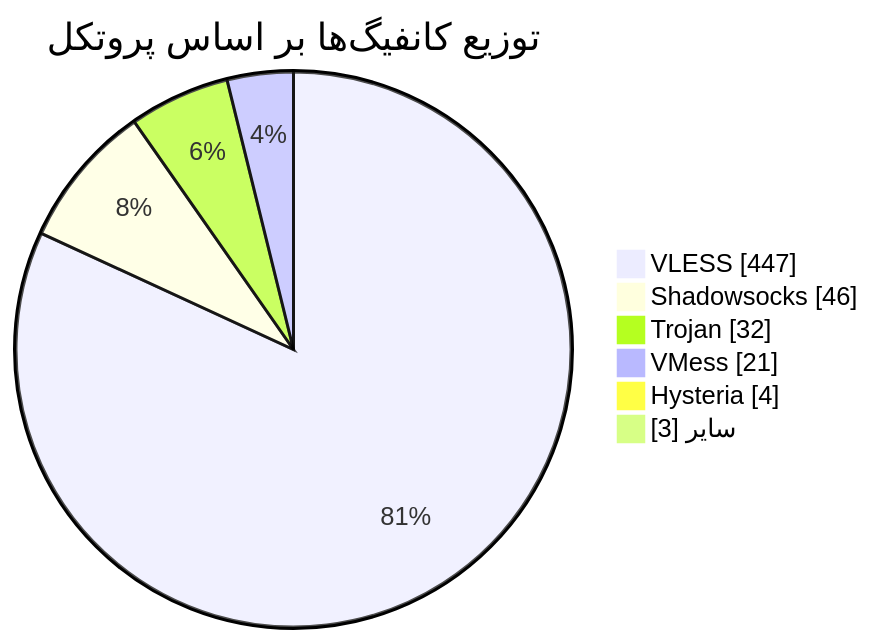
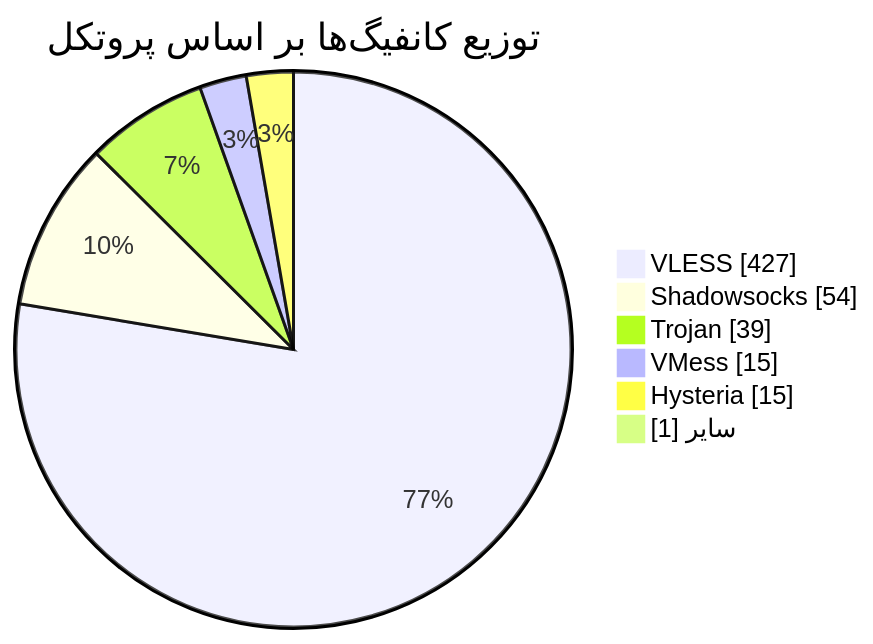
One commit to Arian-Alijani/Somthing changed the diagram in README.md. Above: the diagram before and after it, drawn with Mermaid. The commit also changed other lines of this file and 83 other files, not shown here.

````diff
--- a/README.md
+++ b/README.md
@@ -48,10 +48,10 @@
 ```mermaid
 pie showData
     title توزیع کانفیگ‌ها بر اساس پروتکل
-    "VLESS" : 447
-    "Shadowsocks" : 46
-    "Trojan" : 32
-    "VMess" : 21
-    "Hysteria" : 4
-    "سایر" : 3
+    "VLESS" : 427
+    "Shadowsocks" : 54
+    "Trojan" : 39
+    "VMess" : 15
+    "Hysteria" : 15
+    "سایر" : 1
 ```
````
